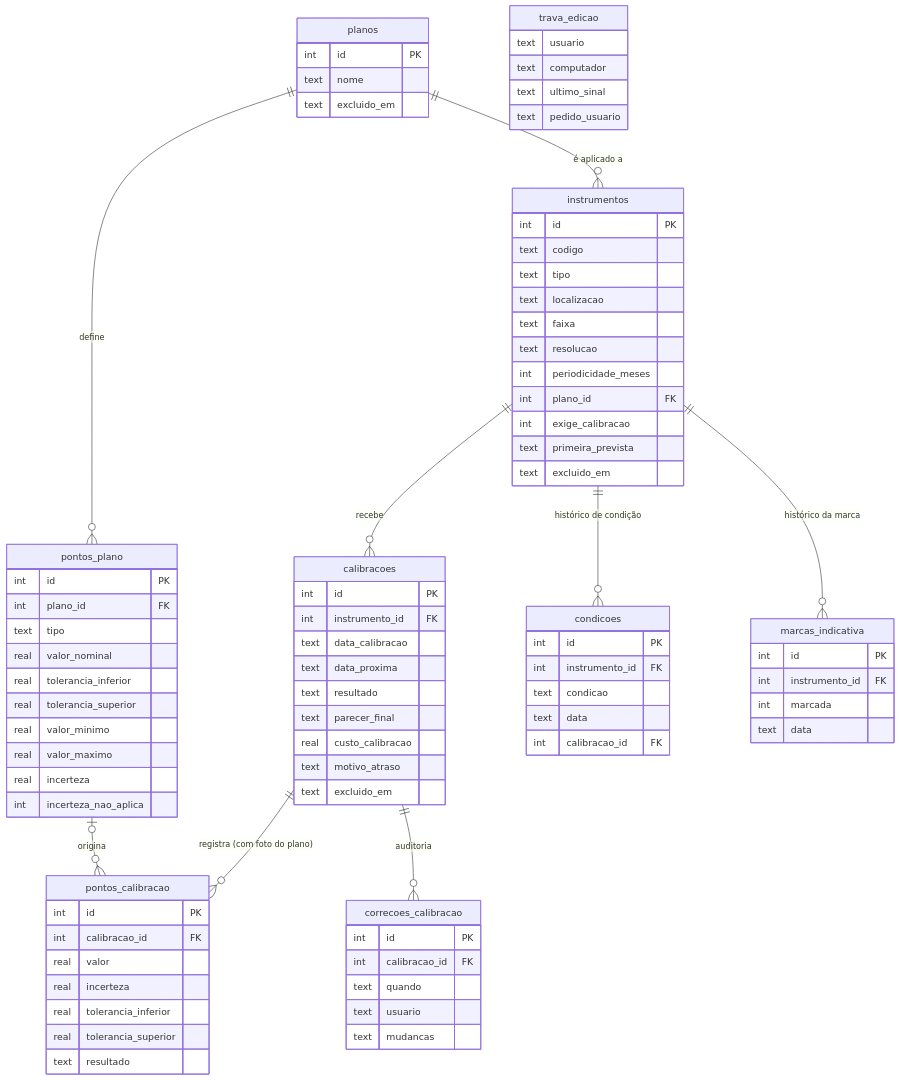
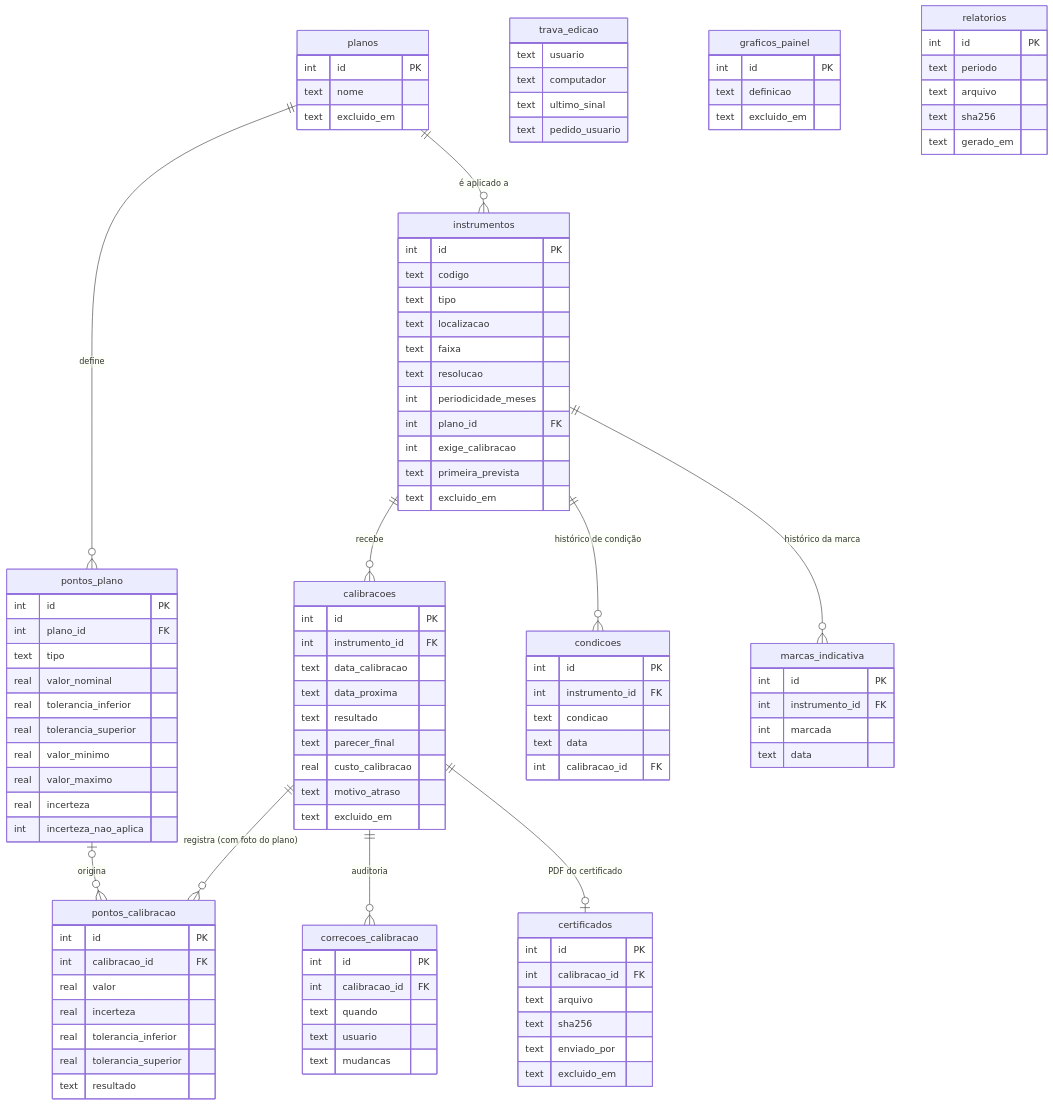
One commit to jcesarmph-ui/SistemaCalibracao changed the eighth of 21 diagrams in README.md. Above: the diagram before and after it, drawn with Mermaid. The commit also changed other lines of this file and 6 other files, not shown here.

Commit message:
README: novidades da 1.2.0 (certificados em PDF, modo claro/escuro, indicadores, relatórios) e fotos atualizadas

````diff
--- a/README.md
+++ b/README.md
@@ -346,6 +403,7 @@
     calibracoes ||--o{ pontos_calibracao : "registra (com foto do plano)"
     calibracoes ||--o{ correcoes_calibracao : "auditoria"
     pontos_plano |o--o{ pontos_calibracao : "origina"
+    calibracoes ||--o| certificados : "PDF do certificado"
 
     instrumentos {
         int id PK
@@ -423,4 +481,24 @@
         text ultimo_sinal
         text pedido_usuario
     }
+    certificados {
+        int id PK
+        int calibracao_id FK
+        text arquivo
+        text sha256
+        text enviado_por
+        text excluido_em
+    }
+    graficos_painel {
+        int id PK
+        text definicao
+        text excluido_em
+    }
+    relatorios {
+        int id PK
+        text periodo
+        text arquivo
+        text sha256
+        text gerado_em
+    }
 ```
````
